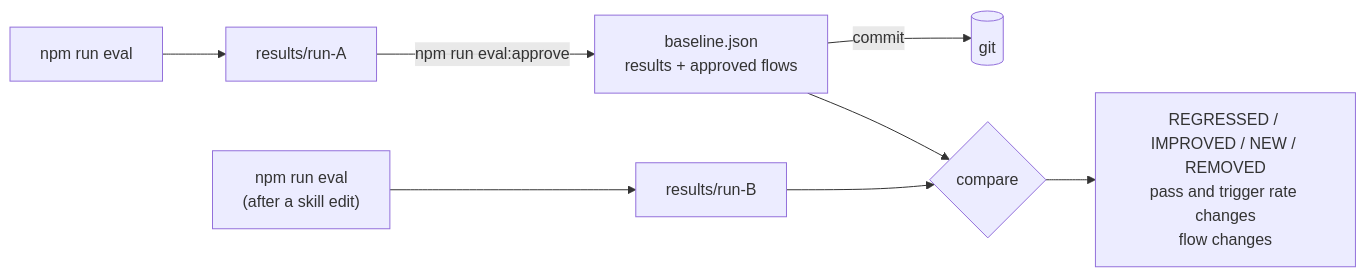
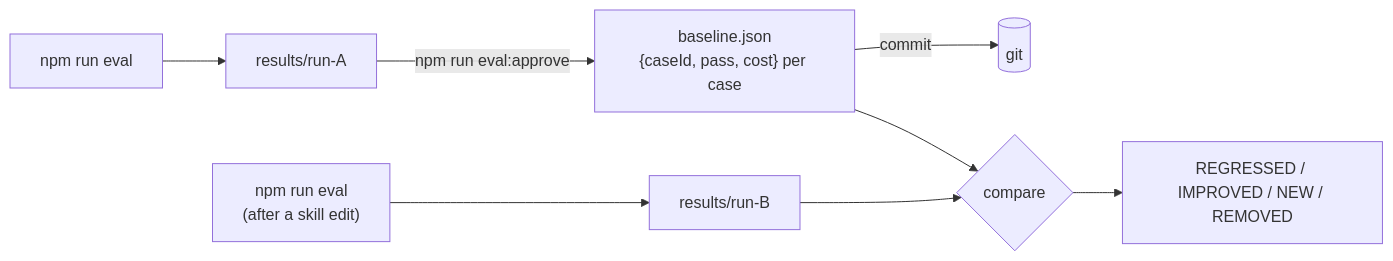
Before and after one commit to InteropIO/iointel-dev-kit: the second of 3 diagrams in evals/README.md, drawn with Mermaid. The commit also changed other lines of this file and 50 other files, not shown here.

````diff
--- a/evals/README.md
+++ b/evals/README.md
@@ -296,10 +175,10 @@
 ```mermaid
 flowchart LR
     run1["npm run eval"] --> r1["results/run-A"]
-    r1 -->|"npm run eval:approve"| bl["baseline.json<br/>results + approved flows"]
+    r1 -->|"npm run eval:approve"| bl["baseline.json<br/>{caseId, pass, cost} per case"]
     bl -->|commit| git[("git")]
     run2["npm run eval<br/>(after a skill edit)"] --> r2["results/run-B"]
     bl --> cmp{"compare"}
     r2 --> cmp
-    cmp --> report["REGRESSED / IMPROVED / NEW / REMOVED<br/>pass and trigger rate changes<br/>flow changes"]
+    cmp --> report["REGRESSED / IMPROVED / NEW / REMOVED"]
 ```
````
